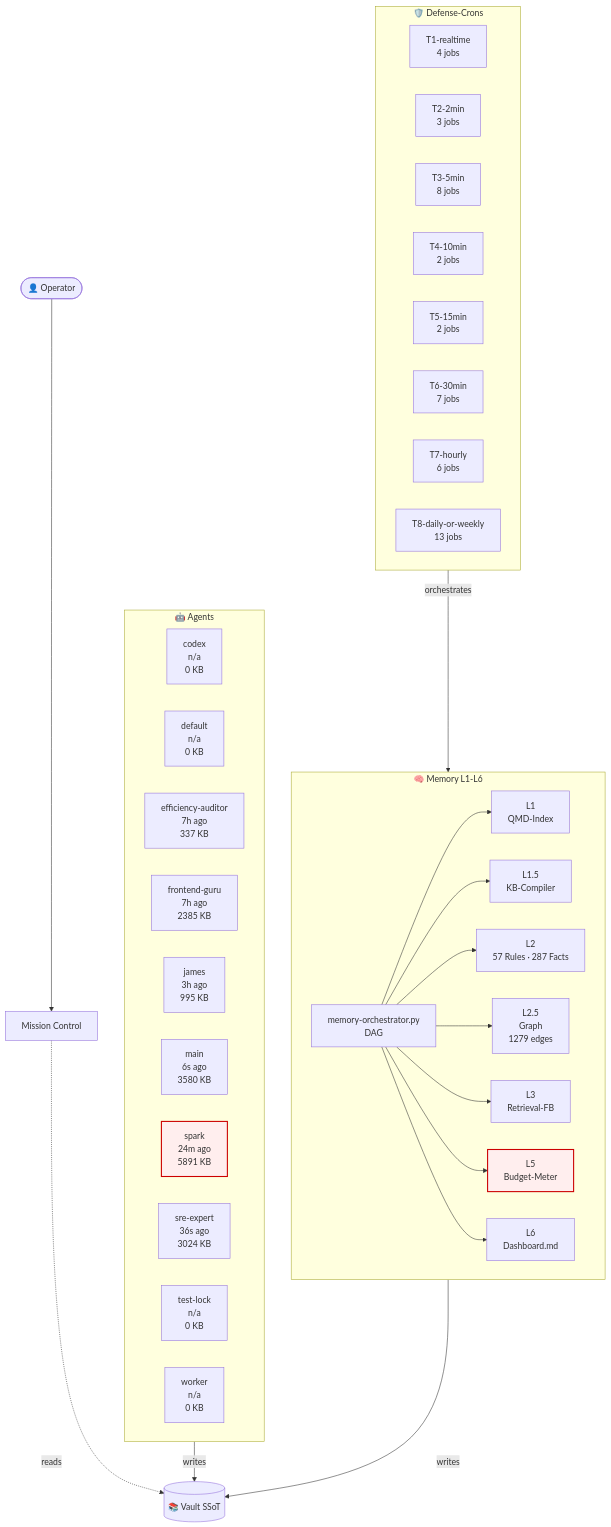
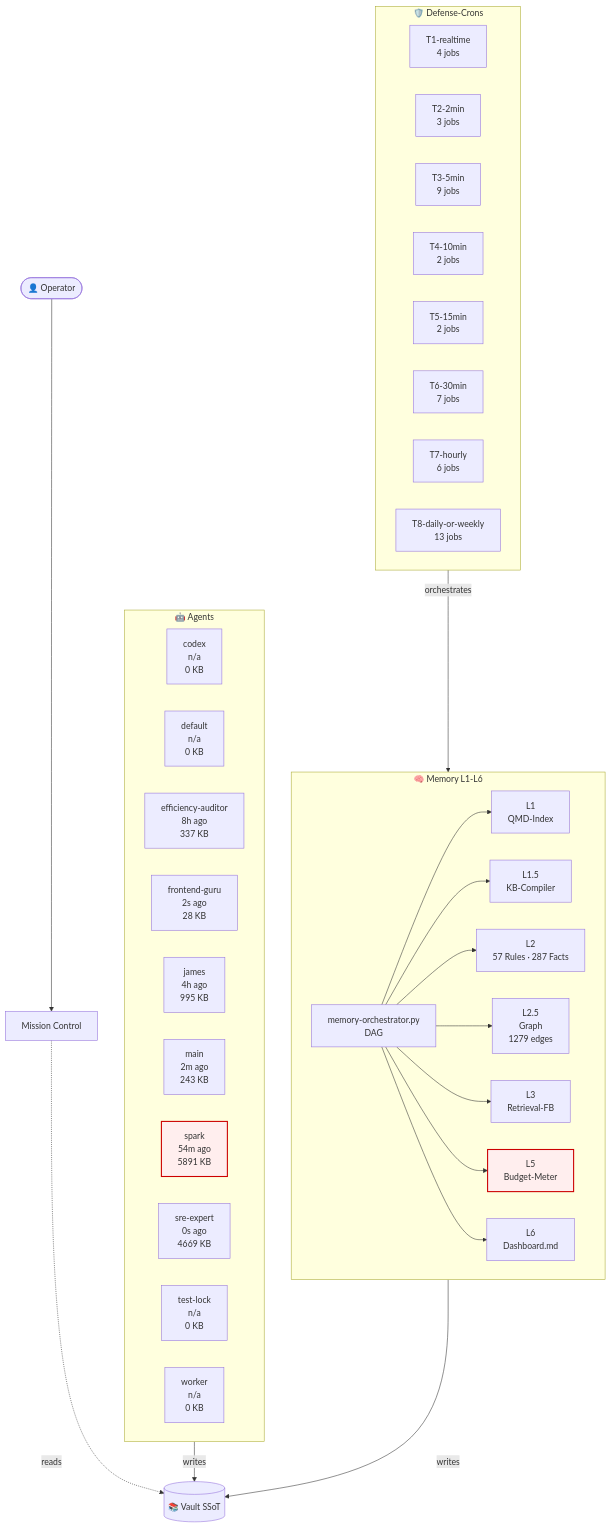
The diagram in 03-Agents/architecture-live.md (lenardhuebner88-rgb/openclaw-memory), drawn with Mermaid before and after one commit. The commit also changed other lines of this file and 6 other files, not shown here.

````diff
--- a/03-Agents/architecture-live.md
+++ b/03-Agents/architecture-live.md
@@ -18,53 +18,53 @@
 ```mermaid
 flowchart TB
     classDef critical fill:#fee,stroke:#c00,stroke-width:2px;
     subgraph AGT["🤖 Agents"]
         agent_codex["codex<br/>n/a<br/>0 KB"]
         agent_default["default<br/>n/a<br/>0 KB"]
-        agent_efficiency_auditor["efficiency-auditor<br/>7h ago<br/>337 KB"]
-        agent_frontend_guru["frontend-guru<br/>7h ago<br/>2385 KB"]
-        agent_james["james<br/>3h ago<br/>995 KB"]
-        agent_main["main<br/>6s ago<br/>3580 KB"]
-        agent_spark["spark<br/>24m ago<br/>5891 KB"]
-        agent_sre_expert["sre-expert<br/>36s ago<br/>3024 KB"]
+        agent_efficiency_auditor["efficiency-auditor<br/>8h ago<br/>337 KB"]
+        agent_frontend_guru["frontend-guru<br/>2s ago<br/>28 KB"]
+        agent_james["james<br/>4h ago<br/>995 KB"]
+        agent_main["main<br/>2m ago<br/>243 KB"]
+        agent_spark["spark<br/>54m ago<br/>5891 KB"]
+        agent_sre_expert["sre-expert<br/>0s ago<br/>4669 KB"]
         agent_test_lock["test-lock<br/>n/a<br/>0 KB"]
         agent_worker["worker<br/>n/a<br/>0 KB"]
     end
     subgraph MEM["🧠 Memory L1-L6"]
         L1["L1<br/>QMD-Index"]
         L15["L1.5<br/>KB-Compiler"]
         L2["L2<br/>57 Rules · 287 Facts"]
         L25["L2.5<br/>Graph<br/>1279 edges"]
         L3["L3<br/>Retrieval-FB"]
         L5["L5<br/>Budget-Meter"]
         L6["L6<br/>Dashboard.md"]
         ORCH["memory-orchestrator.py<br/>DAG"]
     end
     subgraph CRN["🛡️ Defense-Crons"]
         tier_T1_realtime["T1-realtime<br/>4 jobs"]
         tier_T2_2min["T2-2min<br/>3 jobs"]
-        tier_T3_5min["T3-5min<br/>8 jobs"]
+        tier_T3_5min["T3-5min<br/>9 jobs"]
         tier_T4_10min["T4-10min<br/>2 jobs"]
         tier_T5_15min["T5-15min<br/>2 jobs"]
         tier_T6_30min["T6-30min<br/>7 jobs"]
         tier_T7_hourly["T7-hourly<br/>6 jobs"]
         tier_T8_daily_or_weekly["T8-daily-or-weekly<br/>13 jobs"]
     end
     VAULT[("📚 Vault SSoT")]
     OP([👤 Operator])
     MC["Mission Control"]
     OP --> MC
     MC -.reads.-> VAULT
     AGT -->|writes| VAULT
     MEM -->|writes| VAULT
     ORCH --> L1
     ORCH --> L15
     ORCH --> L2
     ORCH --> L25
     ORCH --> L3
     ORCH --> L5
     ORCH --> L6
     CRN -->|orchestrates| MEM
     class L5 critical
     class agent_spark critical
 ```
````
